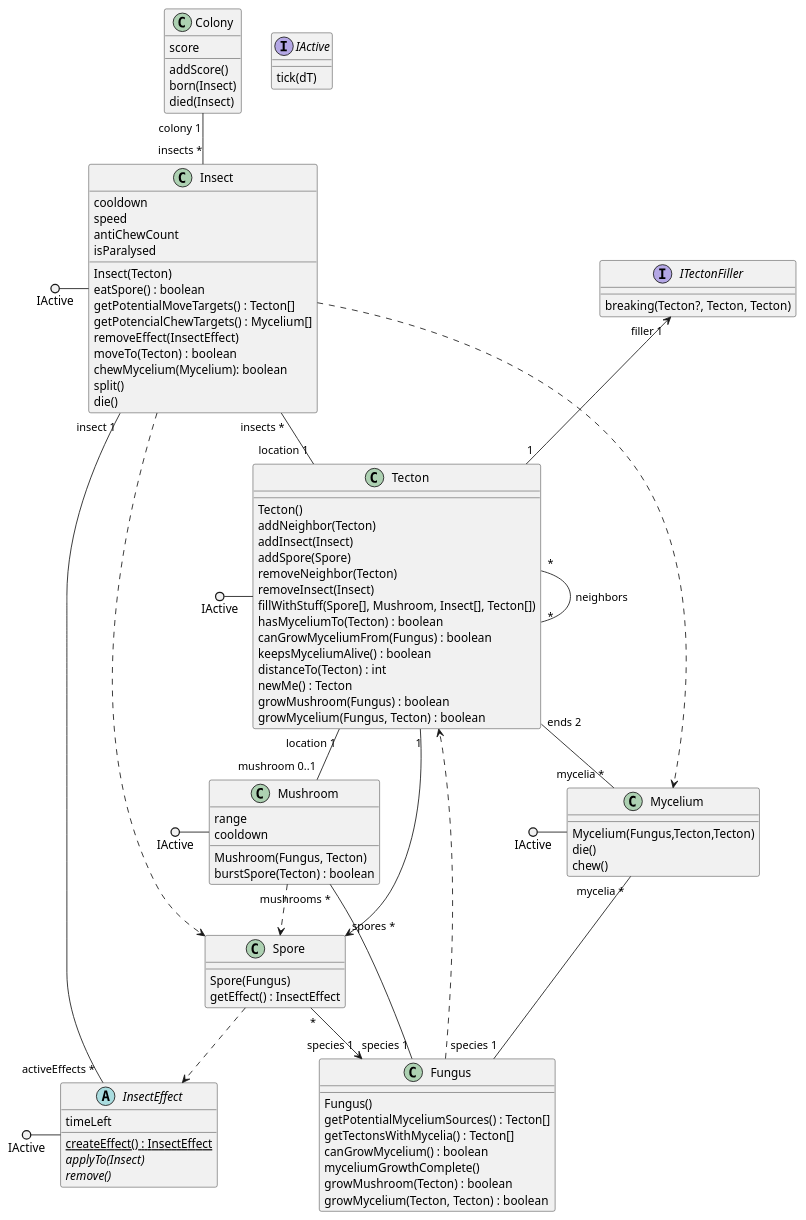
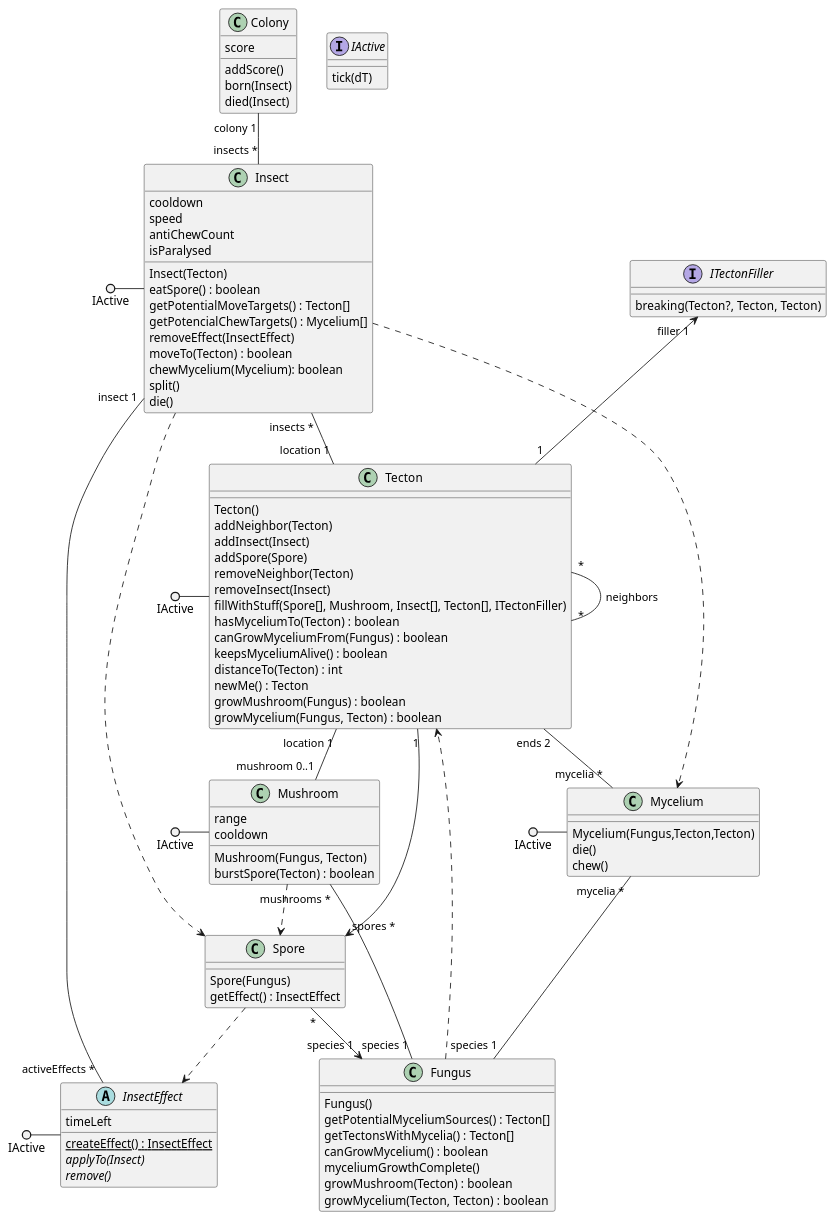
The diagram in SeqAndClassDiagrams/classes.puml (ZD4ve/projlab-error521), drawn with PlantUML before and after one commit. The commit also changed 1 other file, not shown here.

```diff
--- a/SeqAndClassDiagrams/classes.puml
+++ b/SeqAndClassDiagrams/classes.puml
@@ -1,108 +1,108 @@
 @startuml classes
 interface IActive {
     tick(dT)
 }
 class Tecton {
     Tecton()
     addNeighbor(Tecton)
     addInsect(Insect)
     addSpore(Spore)
     removeNeighbor(Tecton)
     removeInsect(Insect)
-    fillWithStuff(Spore[], Mushroom, Insect[], Tecton[])
+    fillWithStuff(Spore[], Mushroom, Insect[], Tecton[], ITectonFiller)
     hasMyceliumTo(Tecton) : boolean
     canGrowMyceliumFrom(Fungus) : boolean
     keepsMyceliumAlive() : boolean
     distanceTo(Tecton) : int
     newMe() : Tecton
     growMushroom(Fungus) : boolean
     growMycelium(Fungus, Tecton) : boolean
 }
 class Fungus {
     Fungus()
     getPotentialMyceliumSources() : Tecton[]
     getTectonsWithMycelia() : Tecton[]
     canGrowMycelium() : boolean
     myceliumGrowthComplete()
     growMushroom(Tecton) : boolean
     growMycelium(Tecton, Tecton) : boolean
 }
 class Mycelium {
     Mycelium(Fungus,Tecton,Tecton)
     die()
     chew()
 }
 class Mushroom {
     range
     cooldown
     Mushroom(Fungus, Tecton)
     burstSpore(Tecton) : boolean
 }
 class Spore {
     Spore(Fungus)
     getEffect() : InsectEffect
 }
 class Insect {
     cooldown
     speed
     antiChewCount
     isParalysed
     Insect(Tecton)
     eatSpore() : boolean
     getPotentialMoveTargets() : Tecton[]
     getPotencialChewTargets() : Mycelium[]
     removeEffect(InsectEffect)
     moveTo(Tecton) : boolean
     chewMycelium(Mycelium): boolean
     split()
     die()
 }
 abstract InsectEffect {
     timeLeft
     {static} createEffect() : InsectEffect
     {abstract} applyTo(Insect)
     {abstract} remove()
 }
 
 IActive ()- Tecton
 IActive ()- Mushroom
 IActive ()- Mycelium
 IActive ()- Insect
 IActive ()- InsectEffect
 
 Tecton "*" -- "*" Tecton : neighbors
 Tecton "ends 2" -- "mycelia *" Mycelium
 Tecton "1" --> "spores *" Spore
 Tecton "location 1" -- "mushroom 0..1" Mushroom
 
 Mycelium "mycelia *" -- "species 1" Fungus
 Insect "insect 1" -- "activeEffects *" InsectEffect
 Insect "insects *" -- "location 1" Tecton
 Fungus "species 1" -- "mushrooms *" Mushroom
 Spore "*" --> "species 1" Fungus
 
 Fungus ..> Tecton
 Spore ..> InsectEffect
 Insect ..> Mycelium
 Insect ..> Spore
 Mushroom ..> Spore
 
 
 
 'Added after view design
 'TODO fix this diagram, add missing stuff
 class Colony{
     score
     addScore()
     born(Insect)
     died(Insect)
 }
 
 Colony "colony 1" -- "insects *" Insect
 
 interface ITectonFiller{
     breaking(Tecton?, Tecton, Tecton)
 } 
 ITectonFiller "filler 1" <-- "1" Tecton
 
 @enduml
```
